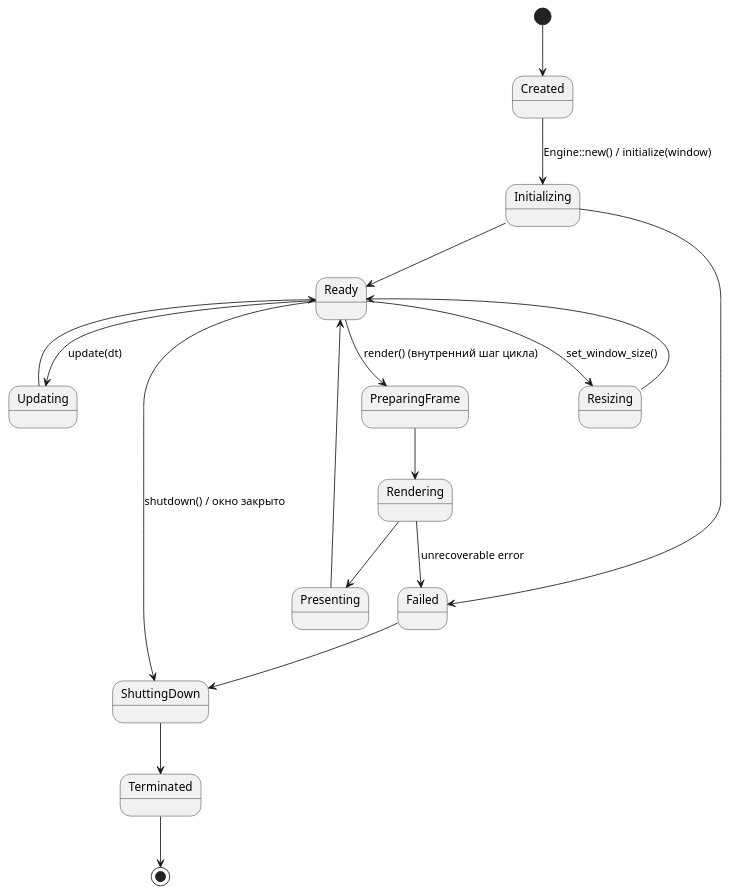
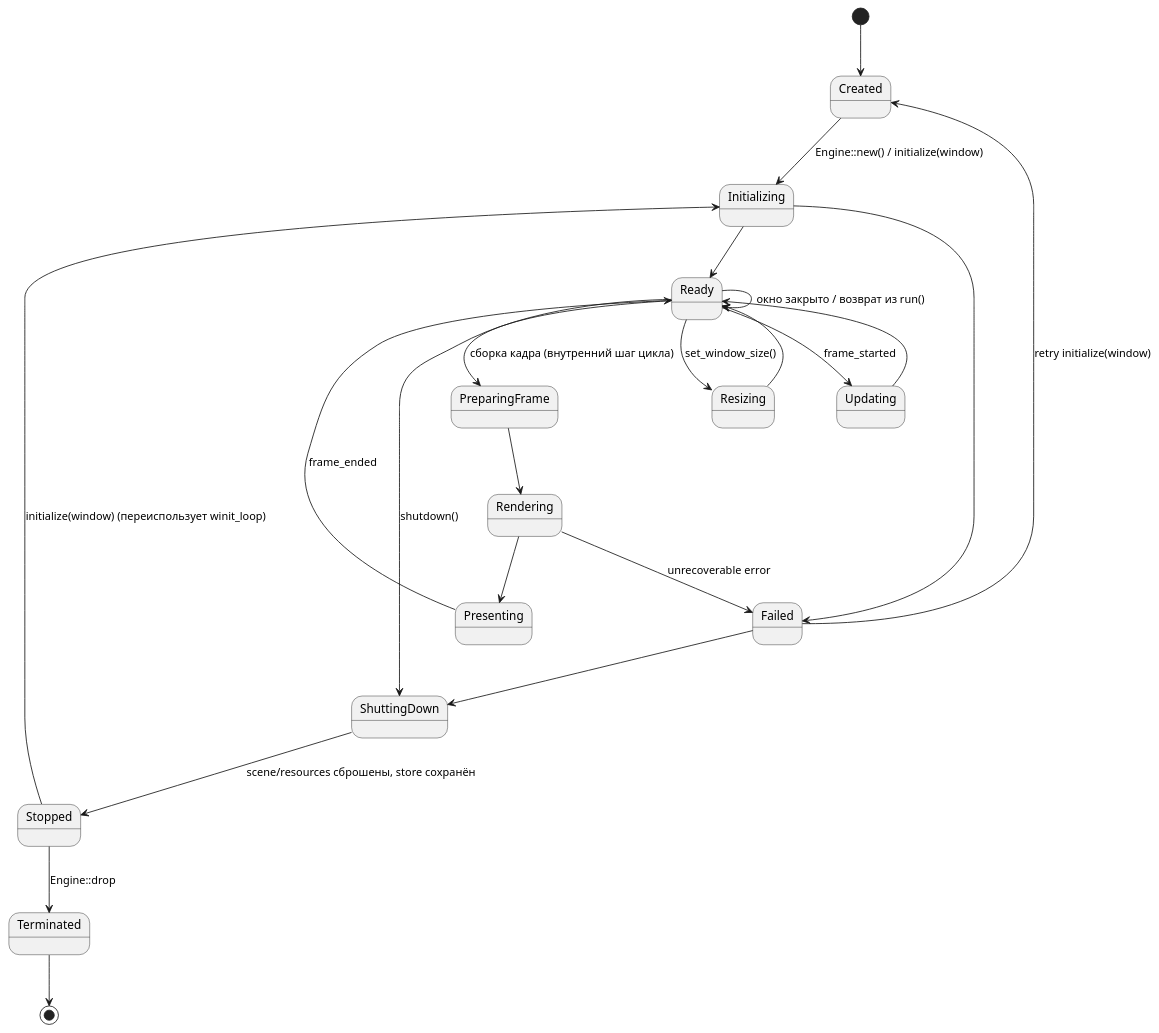
Before and after one commit to BFGEG/BFGE: the third of 5 diagrams in docs/FREAK_Engine_Architecture.md, drawn with PlantUML. The commit also changed other lines of this file and 32 other files, not shown here.

Commit message:
feat(core): complete engine loop and frame lifecycle

````diff
--- a/docs/FREAK_Engine_Architecture.md
+++ b/docs/FREAK_Engine_Architecture.md
@@ -1281,33 +1305,40 @@
 ```plantuml
 @startuml
 
 [*] --> Created
 
 Created --> Initializing : Engine::new() / initialize(window)
 
 Initializing --> Ready
 Initializing --> Failed
 
-Ready --> Updating : update(dt)
+Failed --> Created : retry initialize(window)
+
+Ready --> Updating : frame_started
 Updating --> Ready
 
-Ready --> PreparingFrame : render() (внутренний шаг цикла)
+Ready --> PreparingFrame : сборка кадра (внутренний шаг цикла)
 
 PreparingFrame --> Rendering
 Rendering --> Presenting
-Presenting --> Ready
+Presenting --> Ready : frame_ended
 
 Ready --> Resizing : set_window_size()
 Resizing --> Ready
 
 Rendering --> Failed : unrecoverable error
 
-Ready --> ShuttingDown : shutdown() / окно закрыто
+Ready --> Ready : окно закрыто / возврат из run()
+Ready --> ShuttingDown : shutdown()
 Failed --> ShuttingDown
 
-ShuttingDown --> Terminated
+ShuttingDown --> Stopped : scene/resources сброшены, store сохранён
+
+Stopped --> Initializing : initialize(window) (переиспользует winit_loop)
+
+Stopped --> Terminated : Engine::drop
 
 Terminated --> [*]
 
 @enduml
 ```
````
